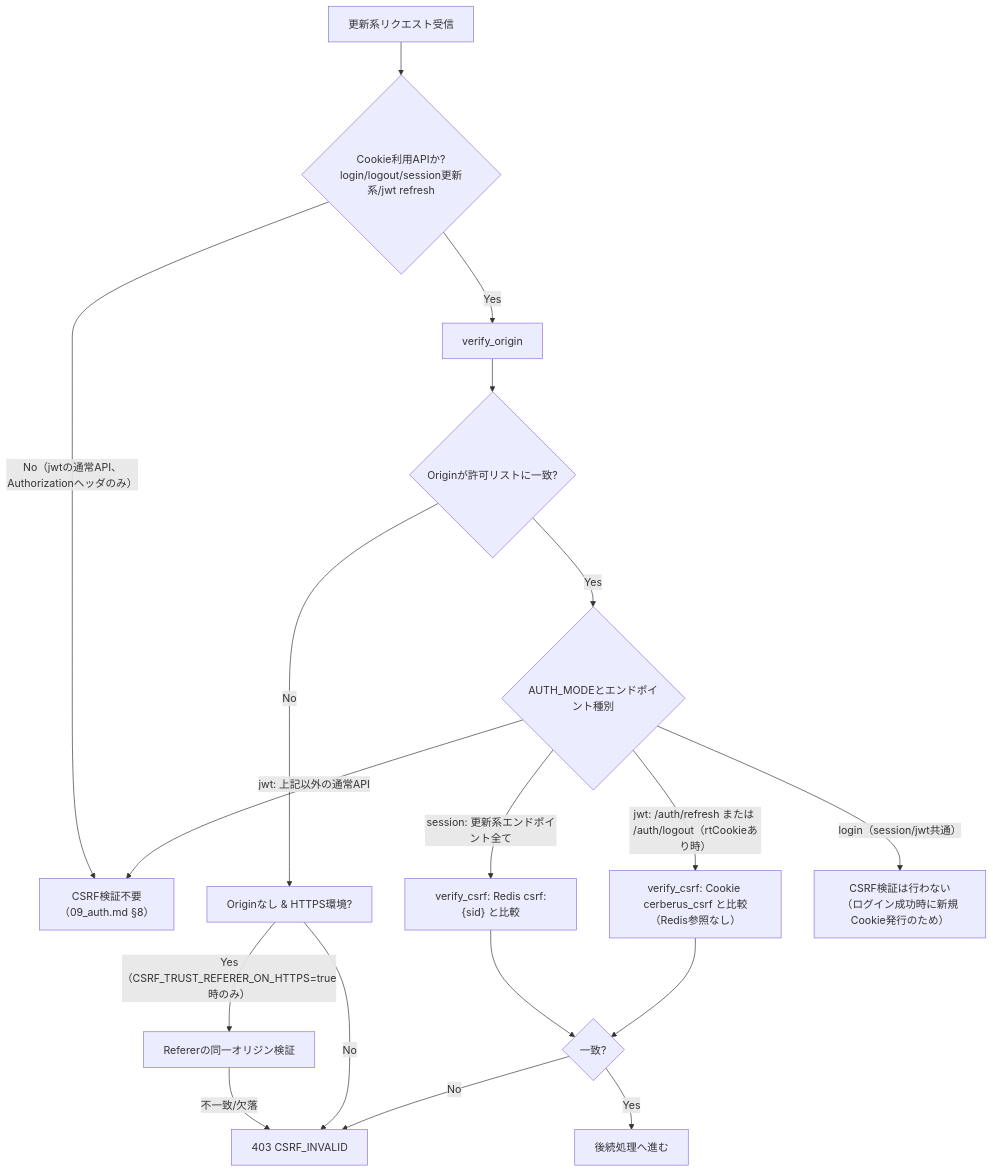
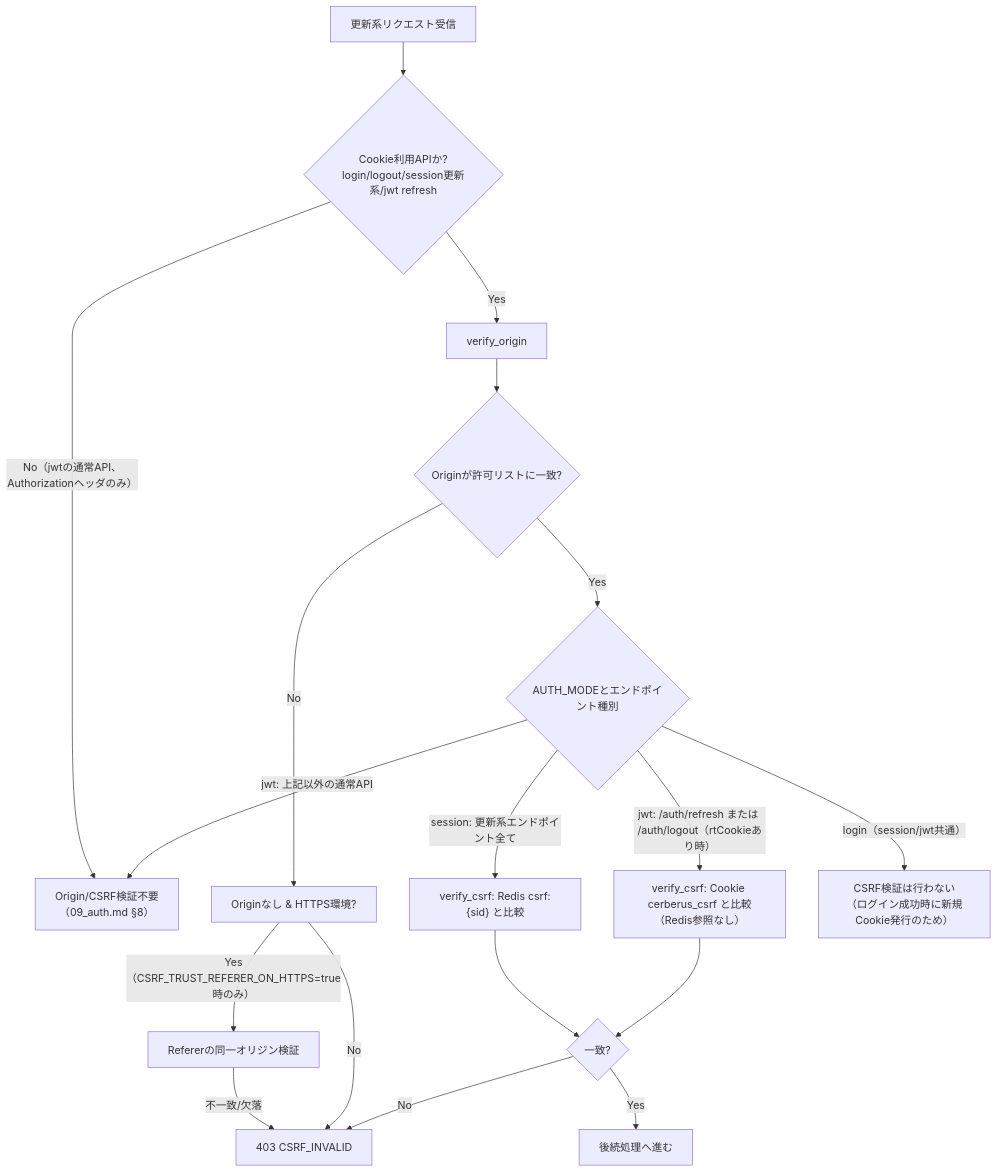
The third of 5 diagrams in docs/detailed_design/auth/03_csrf.md (oikawa-d/task_management), drawn with Mermaid before and after one commit. The commit also changed other lines of this file and 31 other files, not shown here.

````diff
--- a/docs/detailed_design/auth/03_csrf.md
+++ b/docs/detailed_design/auth/03_csrf.md
@@ -125,20 +126,20 @@
 ```mermaid
 flowchart TB
     A["更新系リクエスト受信"] --> B{"Cookie利用APIか?<br/>login/logout/session更新系/jwt refresh"}
-    B -->|"No（jwtの通常API、Authorizationヘッダのみ）"| SKIP["CSRF検証不要<br/>（09_auth.md §8）"]
+    B -->|"No（jwtの通常API、Authorizationヘッダのみ）"| SKIP["Origin/CSRF検証不要<br/>（09_auth.md §8）"]
     B -->|"Yes"| C["verify_origin"]
     C --> D{"Originが許可リストに一致?"}
     D -->|No| E1["Originなし & HTTPS環境?"]
     E1 -->|"Yes（CSRF_TRUST_REFERER_ON_HTTPS=true時のみ）"| F["Refererの同一オリジン検証"]
     F -->|"不一致/欠落"| ERR["403 CSRF_INVALID"]
     E1 -->|"No"| ERR
     D -->|Yes| G{"AUTH_MODEとエンドポイント種別"}
     G -->|"session: 更新系エンドポイント全て"| H["verify_csrf: Redis csrf:{sid} と比較"]
     G -->|"jwt: /auth/refresh または /auth/logout（rtCookieあり時）"| I["verify_csrf: Cookie cerberus_csrf と比較（Redis参照なし）"]
     G -->|"jwt: 上記以外の通常API"| SKIP
     G -->|"login（session/jwt共通）"| J["CSRF検証は行わない<br/>（ログイン成功時に新規Cookie発行のため）"]
     H --> K{"一致?"}
     I --> K
     K -->|No| ERR
     K -->|Yes| PASS["後続処理へ進む"]
 ```
````
